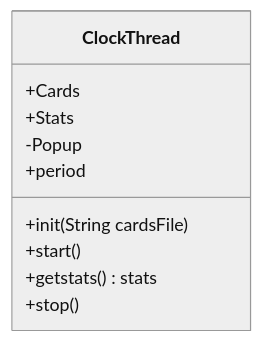
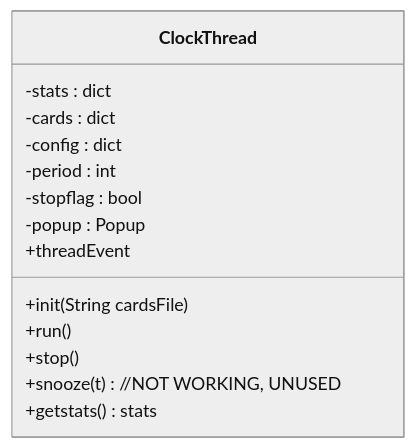
One commit to 24adamcho/sudden-flash-card-event changed the second of 4 diagrams in docs/classdiagram.md. Above: the diagram before and after it, drawn with Mermaid (neutral theme). The commit also changed other lines of this file, not shown here.

Commit message:
class diagram updated

````diff
--- a/docs/classdiagram.md
+++ b/docs/classdiagram.md
@@ -32,14 +62,19 @@
 ```mermaid
 classDiagram
 direction LR
     class ClockThread{
-        +Cards
-        +Stats
-        -Popup
-        +period
+        -stats : dict
+        -cards : dict
+        -config : dict
+        -period : int
+        -stopflag : bool
+        -popup : Popup
+        +threadEvent
+        
         +init(String cardsFile)
-        +start()
+        +run()
+        +stop()
+        +snooze(t) //NOT WORKING, UNUSED
         +getstats() stats
-        +stop()
     }
 ```
````
